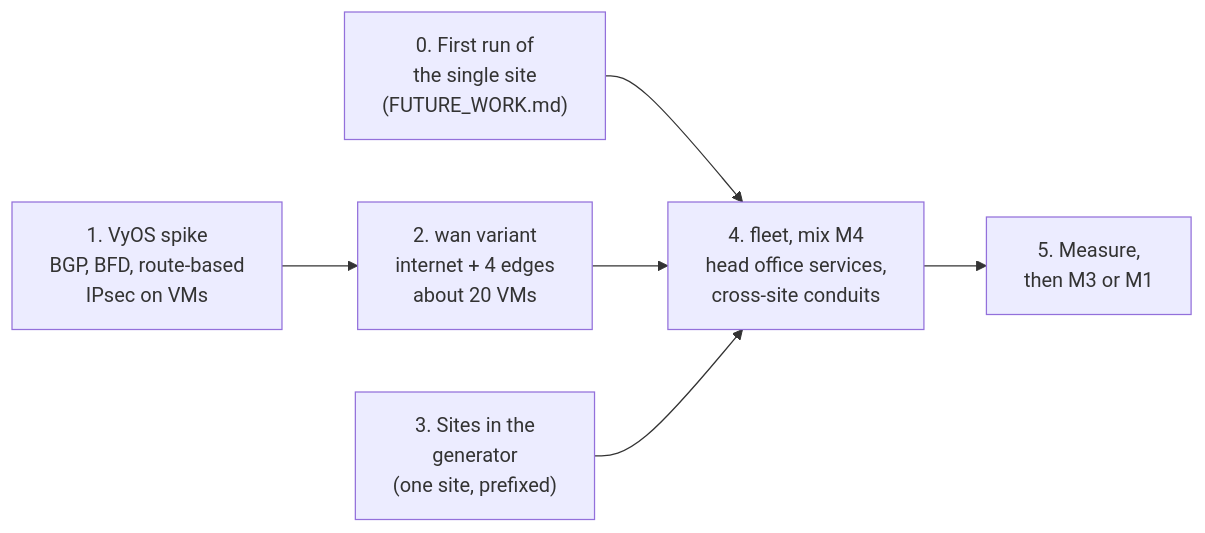
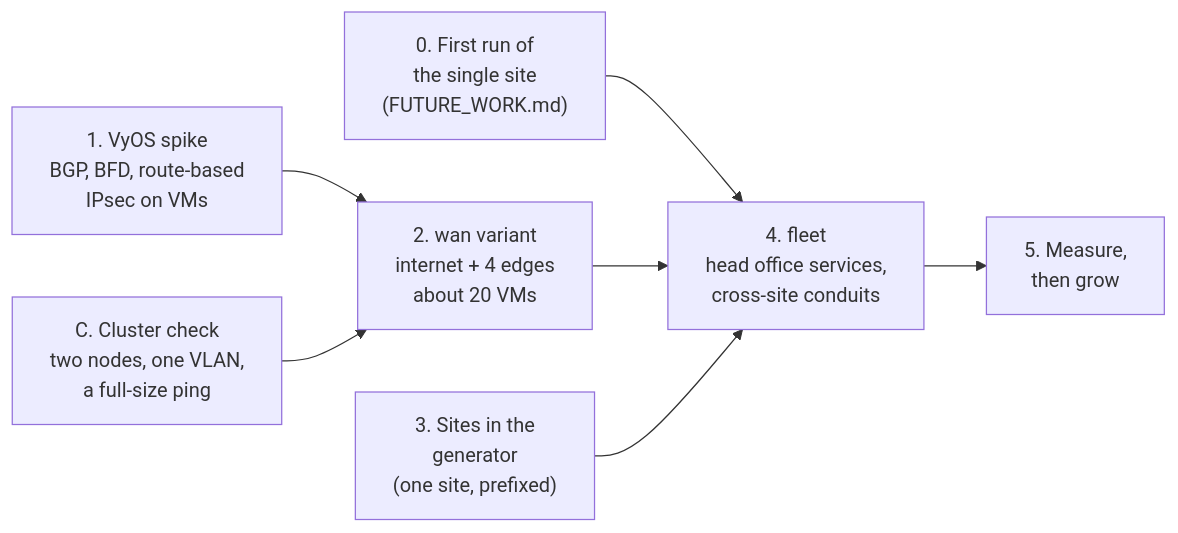
One commit to GhostofGoes/brew changed the ninth of 9 diagrams in docs/multisite/PLANS.md. Above: the diagram before and after it, drawn with Mermaid. The commit also changed other lines of this file and 4 other files, not shown here.

First line of the commit message:
docs(cherrymountain): place the fleet on a cluster of minimega nodes

````diff
--- a/docs/multisite/PLANS.md
+++ b/docs/multisite/PLANS.md
@@ -762,14 +887,16 @@
 ```mermaid
 flowchart LR
   S0["0. First run of<br/>the single site<br/>(FUTURE_WORK.md)"]
   S1["1. VyOS spike<br/>BGP, BFD, route-based<br/>IPsec on VMs"]
   S2["2. wan variant<br/>internet + 4 edges<br/>about 20 VMs"]
   S3["3. Sites in the<br/>generator<br/>(one site, prefixed)"]
-  S4["4. fleet, mix M4<br/>head office services,<br/>cross-site conduits"]
-  S5["5. Measure,<br/>then M3 or M1"]
+  SC["C. Cluster check<br/>two nodes, one VLAN,<br/>a full-size ping"]
+  S4["4. fleet<br/>head office services,<br/>cross-site conduits"]
+  S5["5. Measure,<br/>then grow"]
   S1 --> S2
+  SC --> S2
   S0 --> S4
   S2 --> S4
   S3 --> S4
   S4 --> S5
 ```
````
